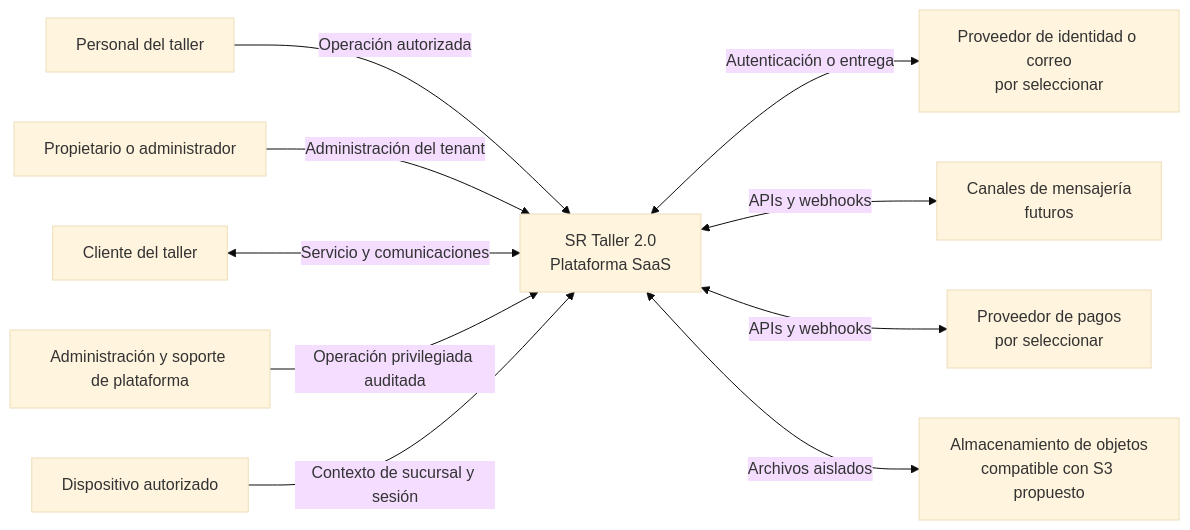
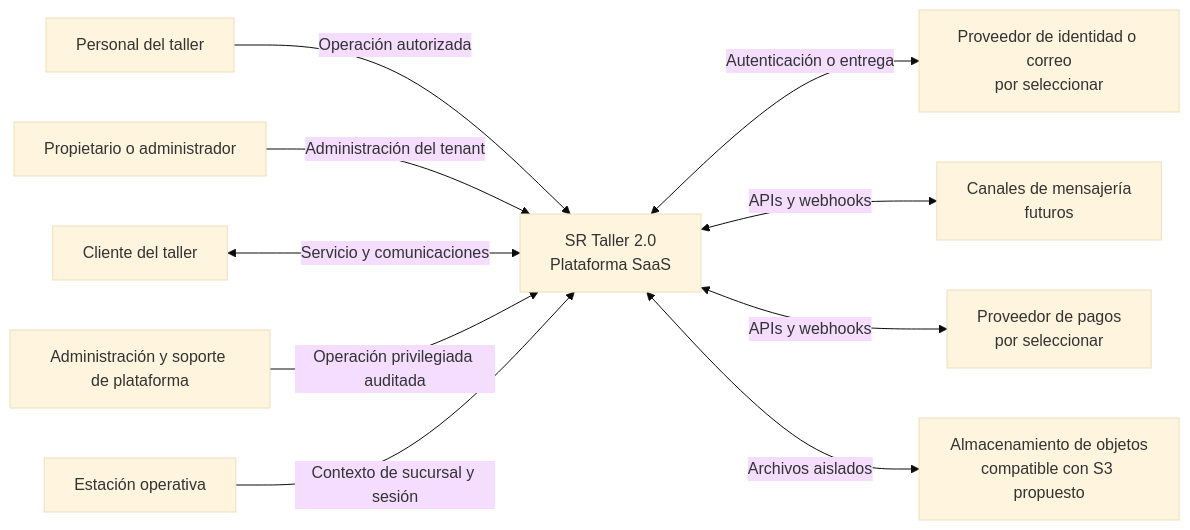
One commit to luisgtzaviles/SrTaller-2.0 changed the diagram in docs/architecture/SYSTEM_CONTEXT.md. Above: the diagram before and after it, drawn with Mermaid (base theme). The commit also changed other lines of this file and 67 other files, not shown here.

````diff
--- a/docs/architecture/SYSTEM_CONTEXT.md
+++ b/docs/architecture/SYSTEM_CONTEXT.md
@@ -39,26 +39,26 @@
 ```mermaid
 flowchart LR
     Staff[Personal del taller]
     Owner[Propietario o administrador]
     Customer[Cliente del taller]
     PlatformOps[Administración y soporte de plataforma]
-    Device[Dispositivo autorizado]
+    Device[Estación operativa]
 
     System[SR Taller 2.0\nPlataforma SaaS]
 
     Identity[Proveedor de identidad o correo\npor seleccionar]
     Messaging[Canales de mensajería\nfuturos]
     Payments[Proveedor de pagos\npor seleccionar]
     Objects[Almacenamiento de objetos\ncompatible con S3 propuesto]
 
     Staff -->|Operación autorizada| System
     Owner -->|Administración del tenant| System
     Customer <-->|Servicio y comunicaciones| System
     PlatformOps -->|Operación privilegiada auditada| System
     Device -->|Contexto de sucursal y sesión| System
 
     System <-->|Autenticación o entrega| Identity
     System <-->|APIs y webhooks| Messaging
     System <-->|APIs y webhooks| Payments
     System <-->|Archivos aislados| Objects
 ```
````
